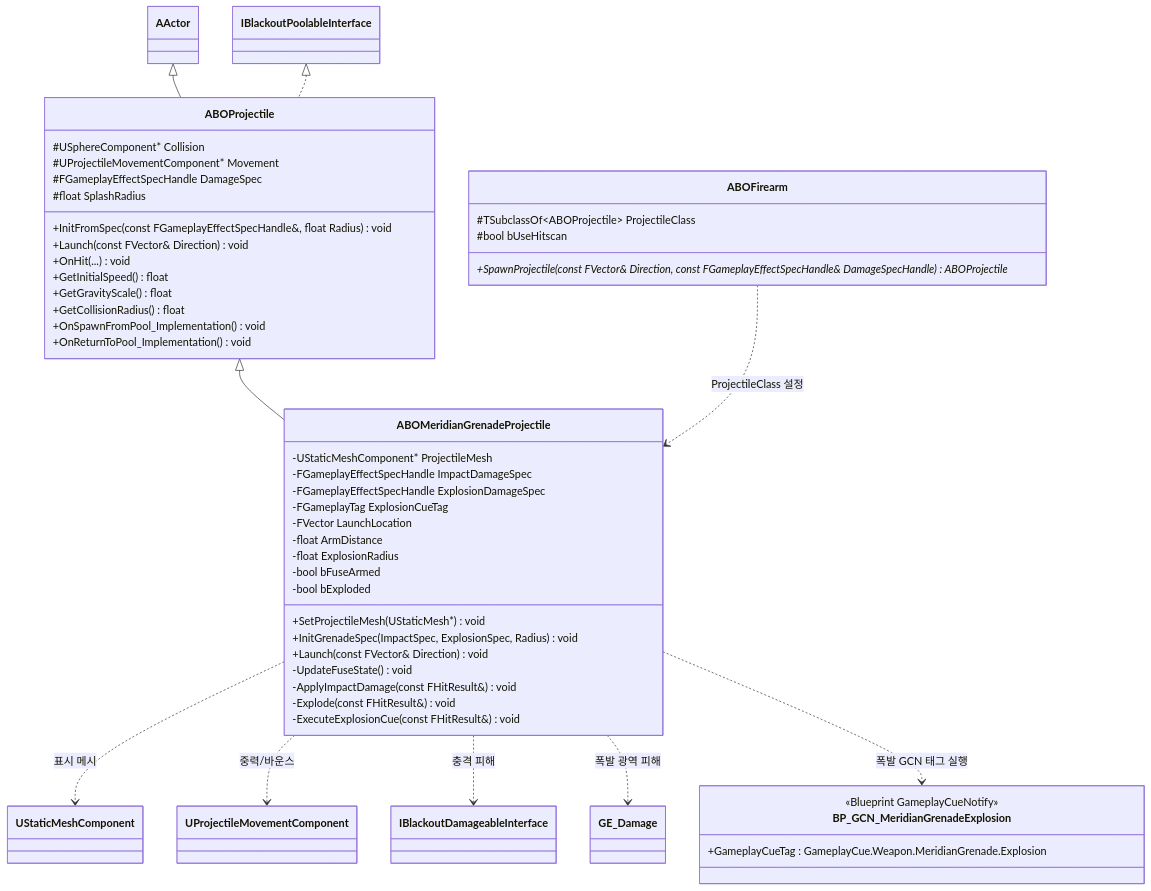
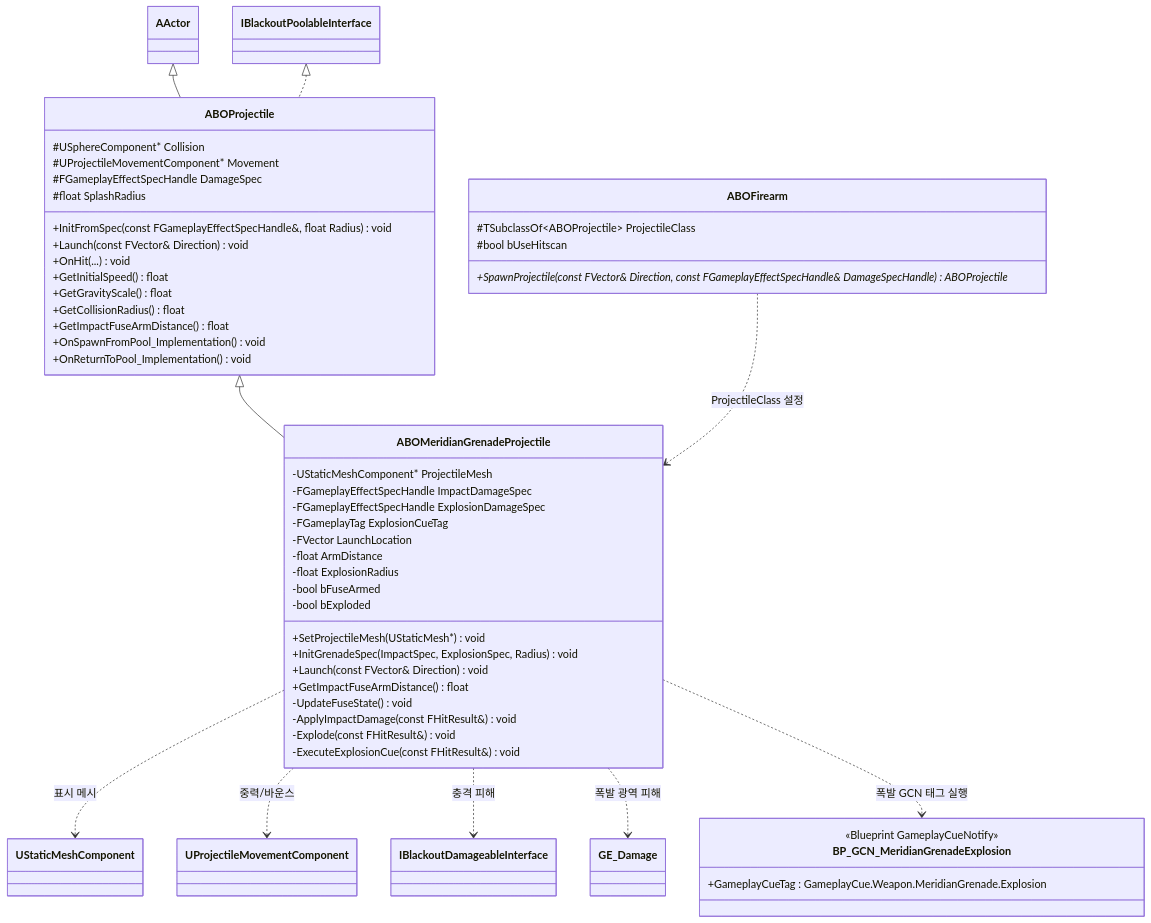
One commit to seongwon1579/ProjectBlackout changed the diagram in Docs/Combat/08_Meridian_Grenade_Projectile.md. Above: the diagram before and after it, drawn with Mermaid. The commit also changed other lines of this file and 12 other files, not shown here.

````diff
--- a/Docs/Combat/08_Meridian_Grenade_Projectile.md
+++ b/Docs/Combat/08_Meridian_Grenade_Projectile.md
@@ -5,61 +5,63 @@
 ```mermaid
 classDiagram
     direction TB
 
     AActor <|-- ABOProjectile
     ABOProjectile <|-- ABOMeridianGrenadeProjectile
 
     IBlackoutPoolableInterface <|.. ABOProjectile
 
     class ABOFirearm {
         #TSubclassOf~ABOProjectile~ ProjectileClass
         #bool bUseHitscan
         +SpawnProjectile(const FVector& Direction, const FGameplayEffectSpecHandle& DamageSpecHandle) ABOProjectile*
     }
 
     class ABOProjectile {
         #USphereComponent* Collision
         #UProjectileMovementComponent* Movement
         #FGameplayEffectSpecHandle DamageSpec
         #float SplashRadius
         +InitFromSpec(const FGameplayEffectSpecHandle&, float Radius) void
         +Launch(const FVector& Direction) void
         +OnHit(...) void
         +GetInitialSpeed() float
         +GetGravityScale() float
         +GetCollisionRadius() float
+        +GetImpactFuseArmDistance() float
         +OnSpawnFromPool_Implementation() void
         +OnReturnToPool_Implementation() void
     }
 
     class ABOMeridianGrenadeProjectile {
         -UStaticMeshComponent* ProjectileMesh
         -FGameplayEffectSpecHandle ImpactDamageSpec
         -FGameplayEffectSpecHandle ExplosionDamageSpec
         -FGameplayTag ExplosionCueTag
         -FVector LaunchLocation
         -float ArmDistance
         -float ExplosionRadius
         -bool bFuseArmed
         -bool bExploded
         +SetProjectileMesh(UStaticMesh*) void
         +InitGrenadeSpec(ImpactSpec, ExplosionSpec, Radius) void
         +Launch(const FVector& Direction) void
+        +GetImpactFuseArmDistance() float
         -UpdateFuseState() void
         -ApplyImpactDamage(const FHitResult&) void
         -Explode(const FHitResult&) void
         -ExecuteExplosionCue(const FHitResult&) void
     }
 
     class BP_GCN_MeridianGrenadeExplosion {
         <<Blueprint GameplayCueNotify>>
         +GameplayCueTag : GameplayCue.Weapon.MeridianGrenade.Explosion
     }
 
     ABOFirearm ..> ABOMeridianGrenadeProjectile : ProjectileClass 설정
     ABOMeridianGrenadeProjectile ..> UStaticMeshComponent : 표시 메시
     ABOMeridianGrenadeProjectile ..> UProjectileMovementComponent : 중력/바운스
     ABOMeridianGrenadeProjectile ..> IBlackoutDamageableInterface : 충격 피해
     ABOMeridianGrenadeProjectile ..> GE_Damage : 폭발 광역 피해
     ABOMeridianGrenadeProjectile ..> BP_GCN_MeridianGrenadeExplosion : 폭발 GCN 태그 실행
 ```
````
